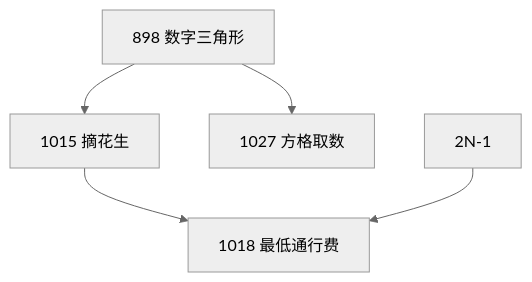
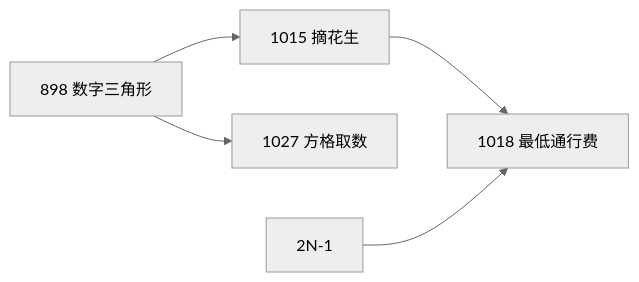
Before and after one commit to cuberxl/Coders-Note: the diagram in 6*-动态规划进阶/6*.1-数字三角形模型.md, drawn with Mermaid (neutral theme). The commit also changed other lines of this file, not shown here.

````diff
--- a/6*-动态规划进阶/6*.1-数字三角形模型.md
+++ b/6*-动态规划进阶/6*.1-数字三角形模型.md
@@ -6,7 +6,7 @@
 ```mermaid
-graph 
+graph LR
 A[898 数字三角形]-->B[1015 摘花生]
 A-->C[1027 方格取数]
 B-->D[1018 最低通行费]
 E[2N-1]-->D
 ```
````
